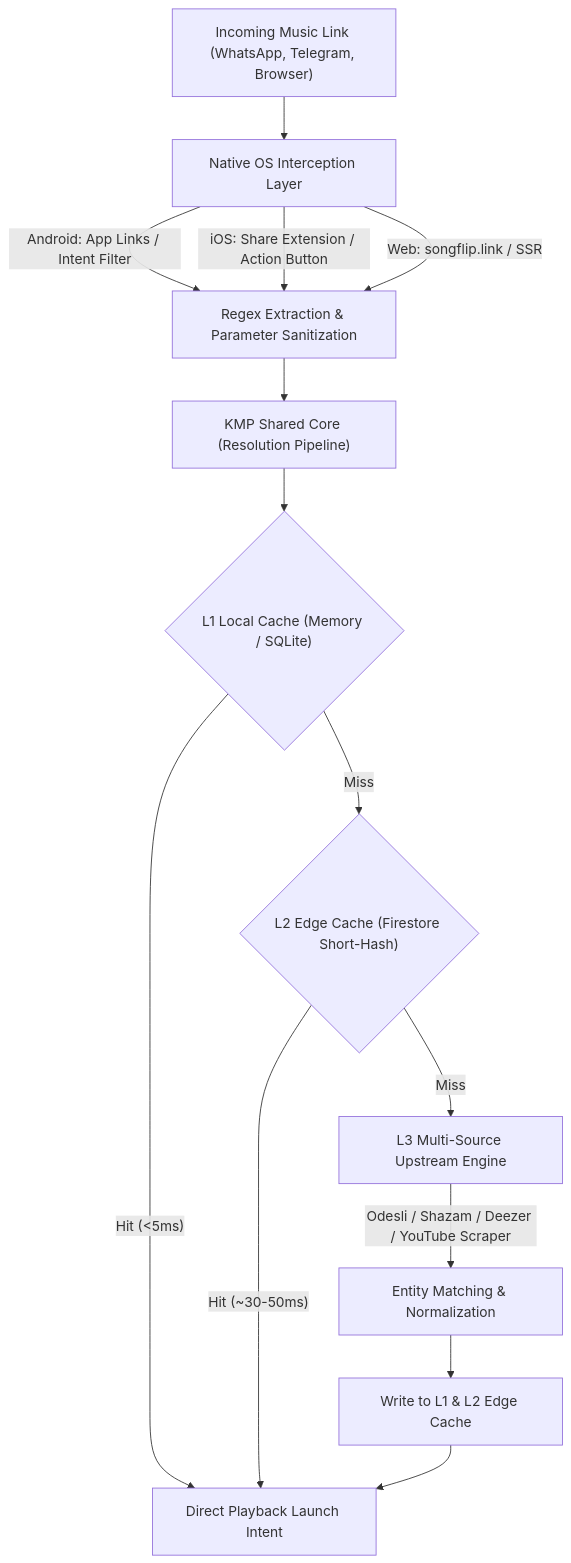
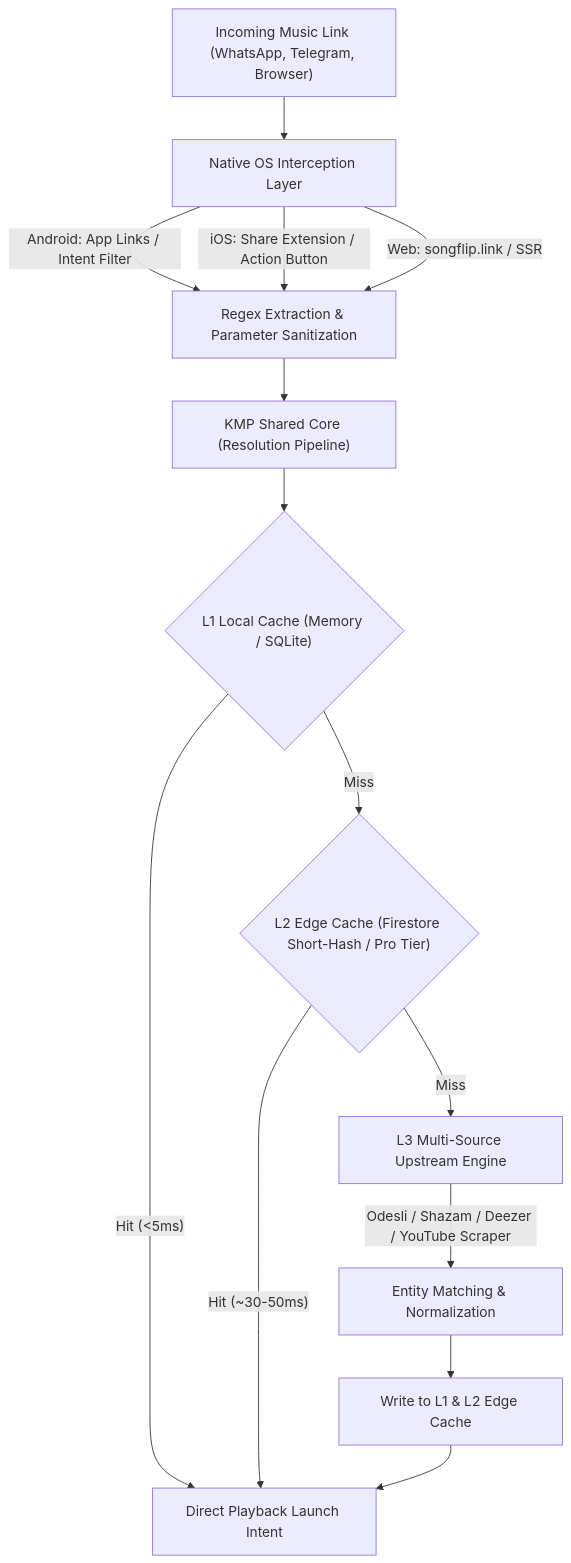
One commit to thefraggle/songflip changed the diagram in ARCHITECTURE.md. Above: the diagram before and after it, drawn with Mermaid. The commit also changed other lines of this file, not shown here.

Commit message:
docs: clarify L2 edge cache tiering in ARCHITECTURE.md

````diff
--- a/ARCHITECTURE.md
+++ b/ARCHITECTURE.md
@@ -13,20 +13,20 @@
 ```mermaid
 graph TD
     A["Incoming Music Link (WhatsApp, Telegram, Browser)"] --> B["Native OS Interception Layer"]
     B -->|"Android: App Links / Intent Filter"| C["Regex Extraction & Parameter Sanitization"]
     B -->|"iOS: Share Extension / Action Button"| C
     B -->|"Web: songflip.link / SSR"| C
 
     C --> D["KMP Shared Core (Resolution Pipeline)"]
 
     D --> E{"L1 Local Cache (Memory / SQLite)"}
     E -->|"Hit (<5ms)"| H["Direct Playback Launch Intent"]
-    E -->|"Miss"| F{"L2 Edge Cache (Firestore Short-Hash)"}
+    E -->|"Miss"| F{"L2 Edge Cache (Firestore Short-Hash / Pro Tier)"}
     
     F -->|"Hit (~30-50ms)"| H
     F -->|"Miss"| G["L3 Multi-Source Upstream Engine"]
     
     G -->|"Odesli / Shazam / Deezer / YouTube Scraper"| I["Entity Matching & Normalization"]
     I --> J["Write to L1 & L2 Edge Cache"]
     J --> H
 ```
````
